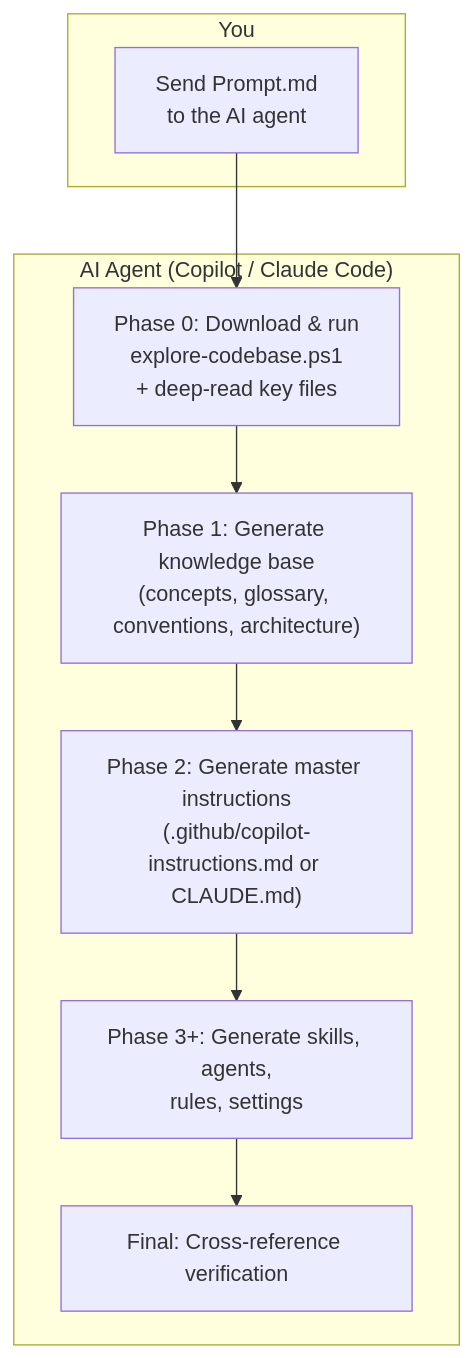
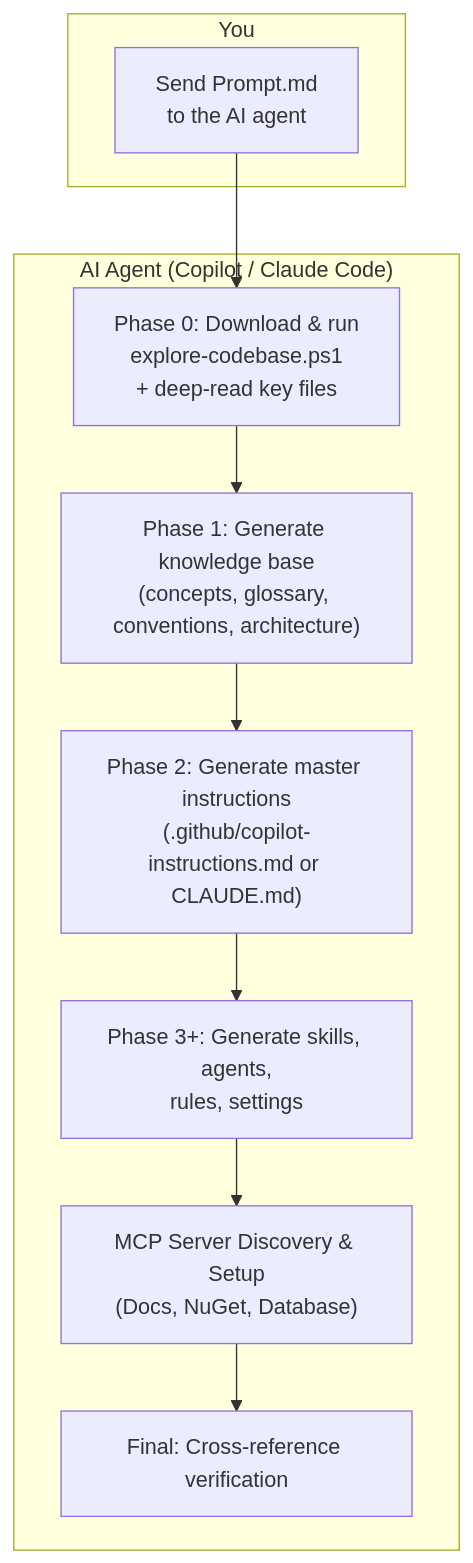
Before and after one commit to phanxuanquang/dotnet-project-agent: the first of 3 diagrams in README.md, drawn with Mermaid. The commit also changed 2 other files, not shown here.

````diff
--- a/README.md
+++ b/README.md
@@ -7,16 +7,17 @@
 ```mermaid
 flowchart TD
     subgraph You
         A["Send Prompt.md\nto the AI agent"]
     end
 
     subgraph "AI Agent (Copilot / Claude Code)"
         B["Phase 0: Download & run\nexplore-codebase.ps1\n+ deep-read key files"]
         C["Phase 1: Generate knowledge base\n(concepts, glossary, conventions, architecture)"]
         D["Phase 2: Generate master instructions\n(.github/copilot-instructions.md or CLAUDE.md)"]
         E["Phase 3+: Generate skills, agents,\nrules, settings"]
+        E2["MCP Server Discovery & Setup\n(Docs, NuGet, Database)"]
         F["Final: Cross-reference verification"]
     end
 
-    A --> B --> C --> D --> E --> F
+    A --> B --> C --> D --> E --> E2 --> F
 ```
````
